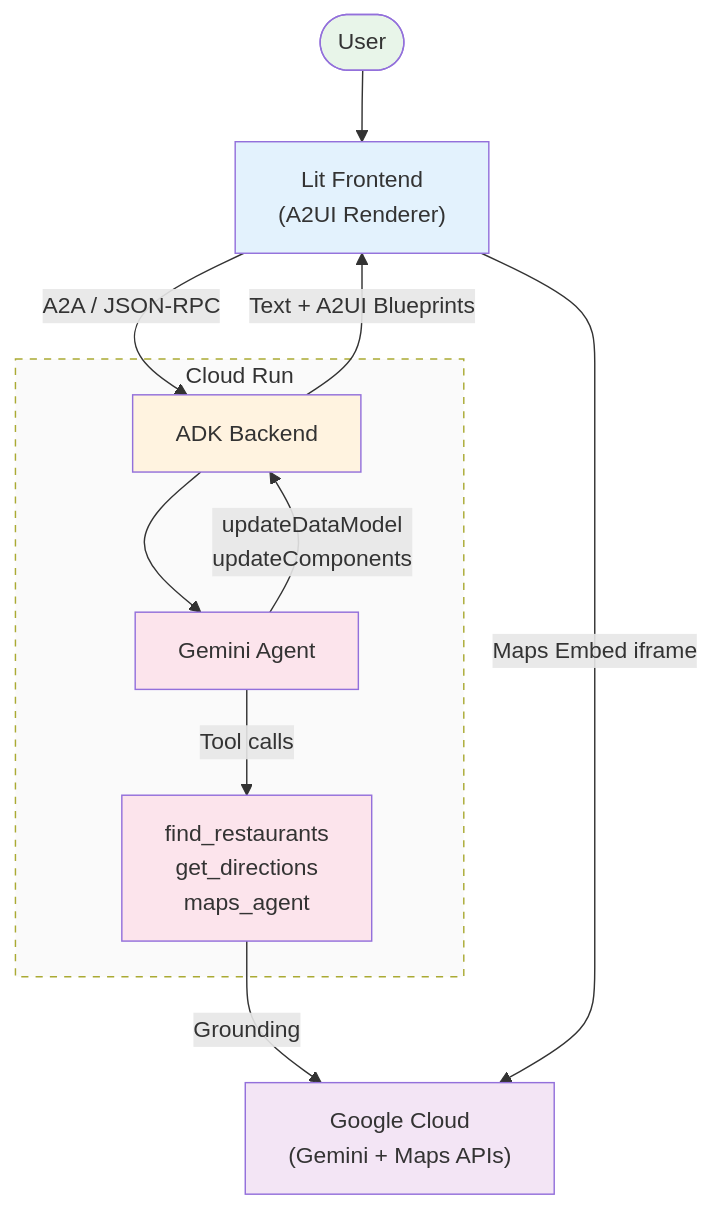
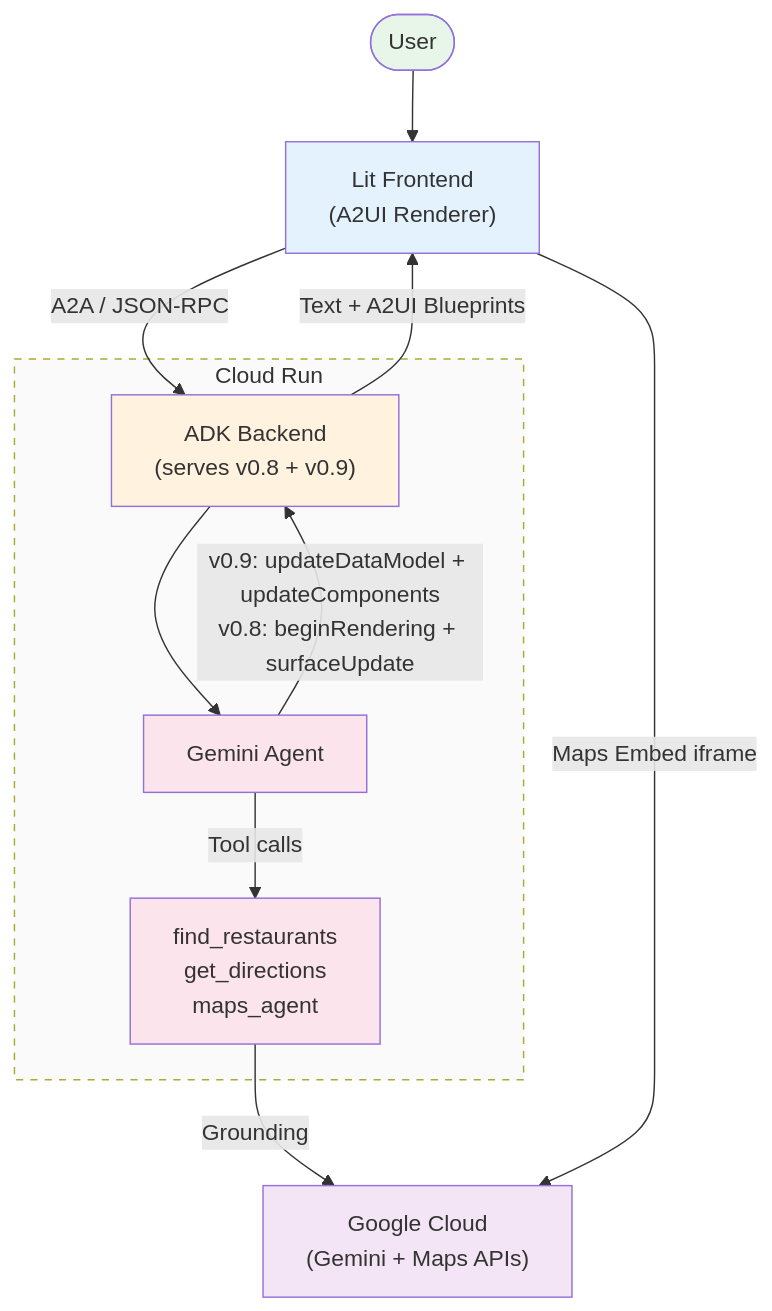
The diagram in docs/system_diagram.md (wadave/agent-a2ui-demo), drawn with Mermaid before and after one commit. The commit also changed 10 other files, not shown here.

````diff
--- a/docs/system_diagram.md
+++ b/docs/system_diagram.md
@@ -3,28 +3,28 @@
 ```mermaid
 graph TB
     User([User]) --> FE["Lit Frontend\n(A2UI Renderer)"]
 
     FE -->|"A2A / JSON-RPC"| BE
 
     subgraph CloudRun["Cloud Run"]
-        BE["ADK Backend"]
+        BE["ADK Backend\n(serves v0.8 + v0.9)"]
         Agent["Gemini Agent"]
         Tools["find_restaurants\nget_directions\nmaps_agent"]
 
         BE --> Agent
         Agent -->|"Tool calls"| Tools
-        Agent -->|"updateDataModel\nupdateComponents"| BE
+        Agent -->|"v0.9: updateDataModel + updateComponents\nv0.8: beginRendering + surfaceUpdate"| BE
     end
 
     BE -->|"Text + A2UI Blueprints"| FE
     Tools -->|"Grounding"| GCP["Google Cloud\n(Gemini + Maps APIs)"]
     FE -->|"Maps Embed iframe"| GCP
 
     style User fill:#e8f5e9
     style FE fill:#e3f2fd
     style BE fill:#fff3e0
     style Agent fill:#fce4ec
     style Tools fill:#fce4ec
     style GCP fill:#f3e5f5
     style CloudRun stroke-dasharray:5 5,fill:#fafafa
 ```
````
